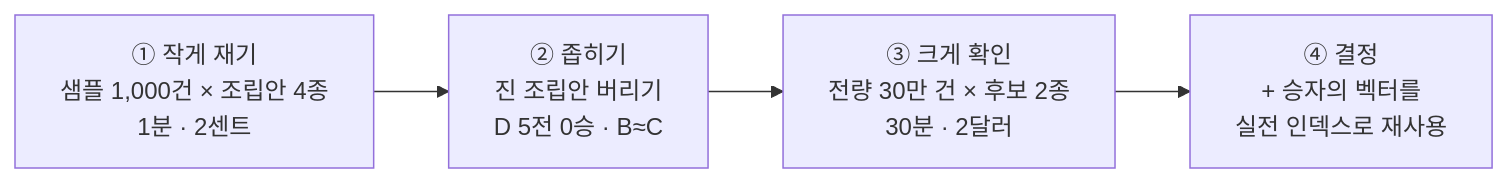
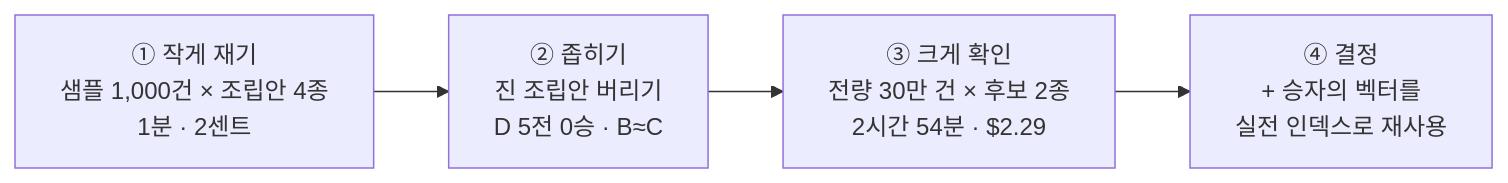
Before and after one commit to 2026-ai-service-engineering-a/ai_service_engineering-track_a: the third of 3 diagrams in site/src/content/courses/ko/session-04/index.mdx, drawn with Mermaid. The commit also changed other lines of this file, not shown here.

````diff
--- a/site/src/content/courses/ko/session-04/index.mdx
+++ b/site/src/content/courses/ko/session-04/index.mdx
@@ -980,6 +980,6 @@
 ```mermaid
 flowchart LR
     S1["① 작게 재기<br/>샘플 1,000건 × 조립안 4종<br/>1분 · 2센트"] --> S2["② 좁히기<br/>진 조립안 버리기<br/>D 5전 0승 · B≈C"]
-    S2 --> S3["③ 크게 확인<br/>전량 30만 건 × 후보 2종<br/>30분 · 2달러"]
+    S2 --> S3["③ 크게 확인<br/>전량 30만 건 × 후보 2종<br/>2시간 54분 · $2.29"]
     S3 --> S4["④ 결정<br/>+ 승자의 벡터를<br/>실전 인덱스로 재사용"]
 ```
````
